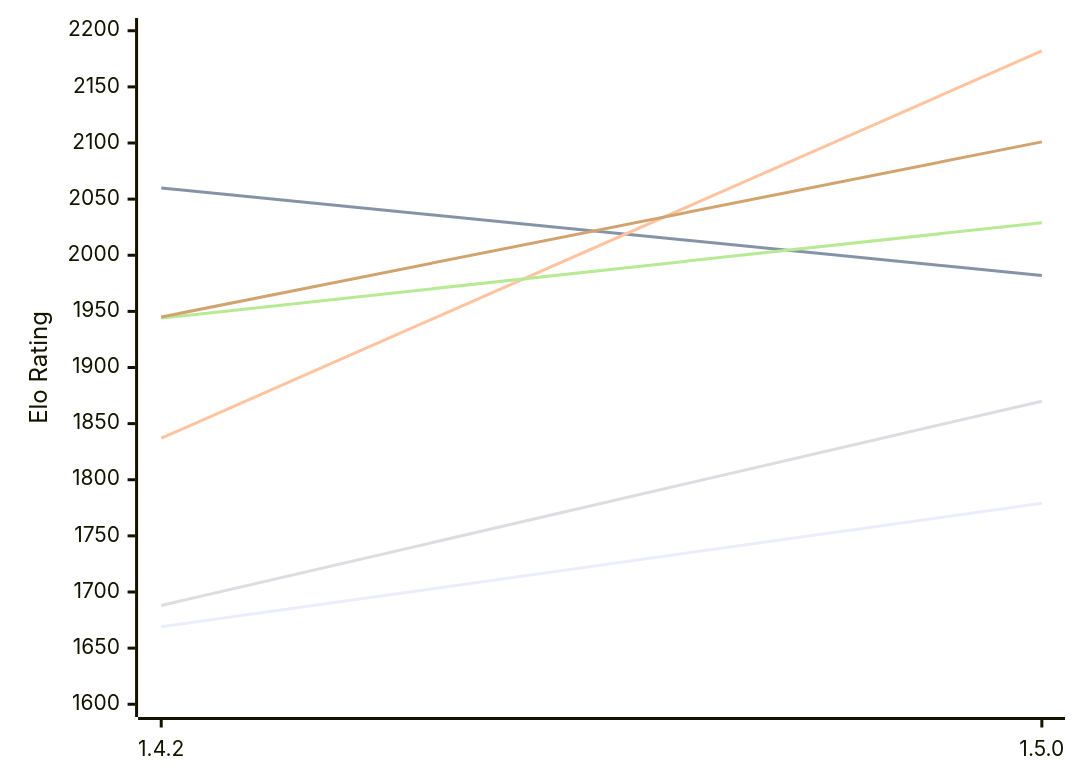
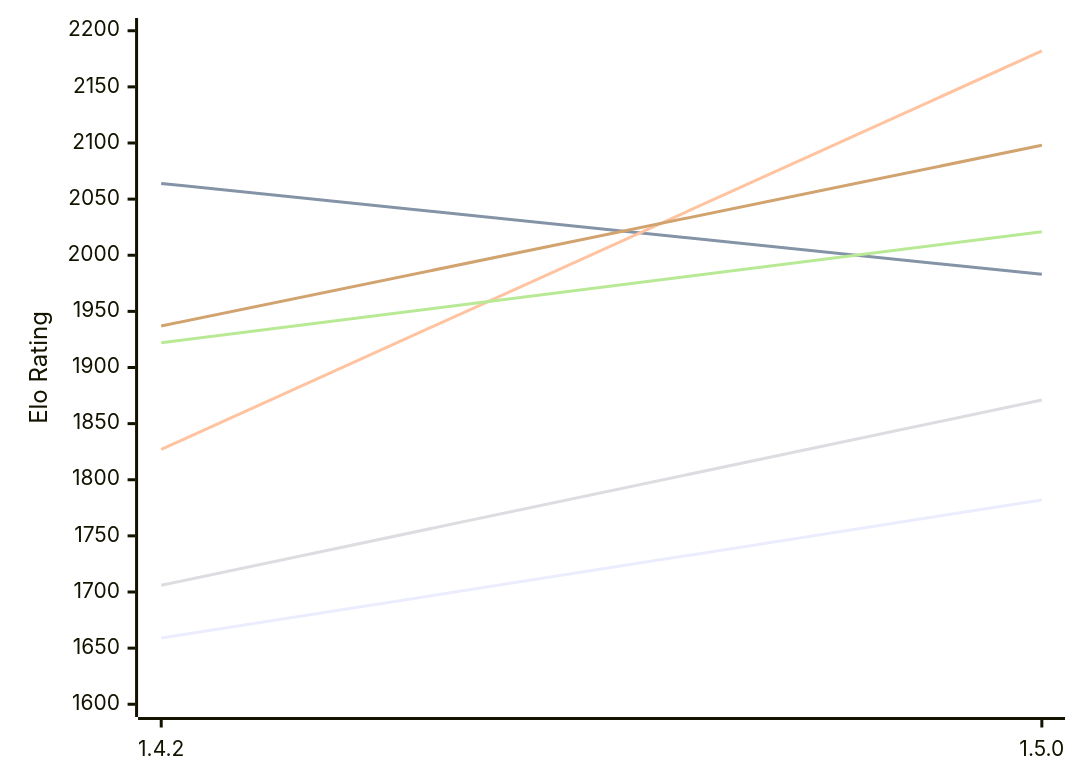
One commit to computer-chess-index/cci changed the first of 2 diagrams in engines/Zeppelin.md. Above: the diagram before and after it, drawn with Mermaid. The commit also changed other lines of this file, not shown here.

Commit message:
Update CCI Ratings (ELO VLTC) - 2026-11-16

````diff
--- a/engines/Zeppelin.md
+++ b/engines/Zeppelin.md
@@ -57,12 +57,12 @@
 ```mermaid
 %%{init: {"theme":"base","themeVariables":{"seriesColors:['#a3a3a3','#222221','#faa371']}}}%%
 xychart-beta
   x-axis ["1.4.2", "1.5.0"]
   y-axis "Elo Rating" 1600 --> 2200
-  line "E1: STC (8.0+0.08s)" [1669, 1779]
-  line "E1: LTC (60.0+0.60s)" [2060, 1982]
-  line "E1: VLTC (2m24s+1.12s)" [1837, 2182]
-  line "P1: STC (8.0+0.08s)" [1688, 1870]
-  line "P1: LTC (60.0+0.60s)" [1944, 2029]
-  line "P1: VLTC (2m24s+1.12s)" [1945, 2101]
+  line "E1: STC (8.0+0.08s)" [1659, 1782]
+  line "E1: LTC (60.0+0.60s)" [2064, 1983]
+  line "E1: VLTC (2m24s+1.12s)" [1827, 2182]
+  line "P1: STC (8.0+0.08s)" [1706, 1871]
+  line "P1: LTC (60.0+0.60s)" [1922, 2021]
+  line "P1: VLTC (2m24s+1.12s)" [1937, 2098]
 ```
````
